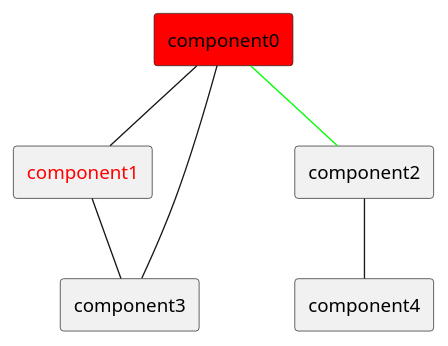
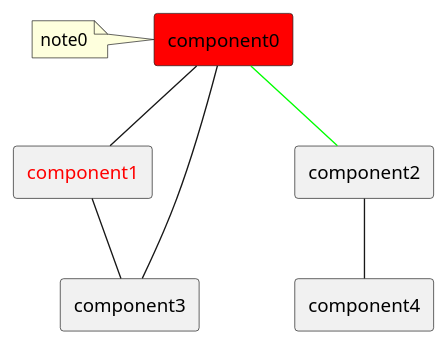
The seventh of 7 diagrams in content/post/archive-3/2020-01-26-plantuml-puml-vs-code.md (wiloon/blog), drawn with PlantUML before and after one commit. The commit also changed 2 other files, not shown here.

````diff
--- a/content/post/archive-3/2020-01-26-plantuml-puml-vs-code.md
+++ b/content/post/archive-3/2020-01-26-plantuml-puml-vs-code.md
@@ -118,19 +118,23 @@
 ```puml
 @startuml
 skinparam componentStyle rectangle
 skinparam ParticipantFontColor #A9DCDF
 
 [component0] as c0 #ff0000
 [<color:#ff0000>component1</color>] as c1
 [component2] as c2
 [component3] as c3
 [component4] as c4
 
 c0 -- c1
 c0-[#00ff00]-c2
 c1--c3
 c0--c3
 
 c2--c4
+
+note left of c0
+note0
+end note
 @enduml
 ```
````
